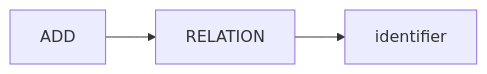
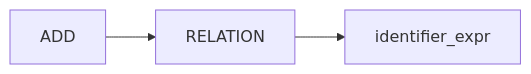
The first of 7 diagrams in src/chapters/0X/specification.md (tmcnab/db-book), drawn with Mermaid before and after one commit. The commit also changed other lines of this file and 14 other files, not shown here.

````diff
--- a/src/chapters/0X/specification.md
+++ b/src/chapters/0X/specification.md
@@ -2,4 +2,4 @@
 ```mermaid
 	flowchart LR
-	ADD --> RELATION --> identifier
+	ADD --> RELATION --> identifier_expr
 ```
````
